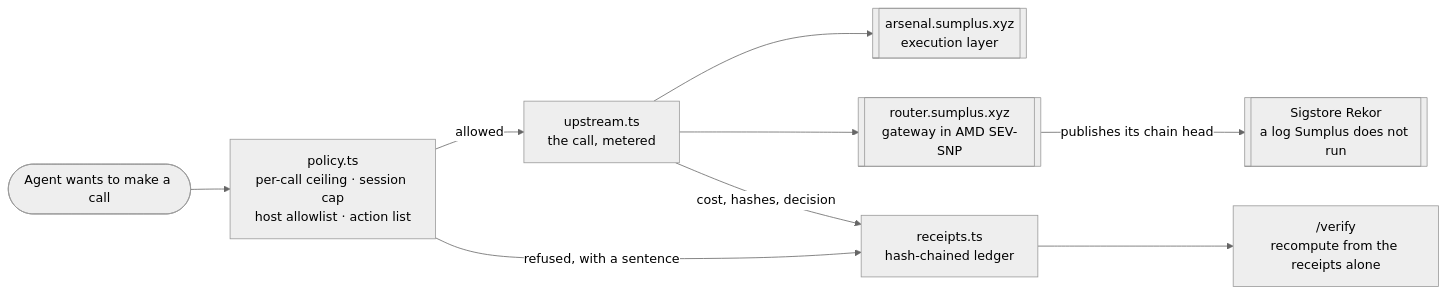
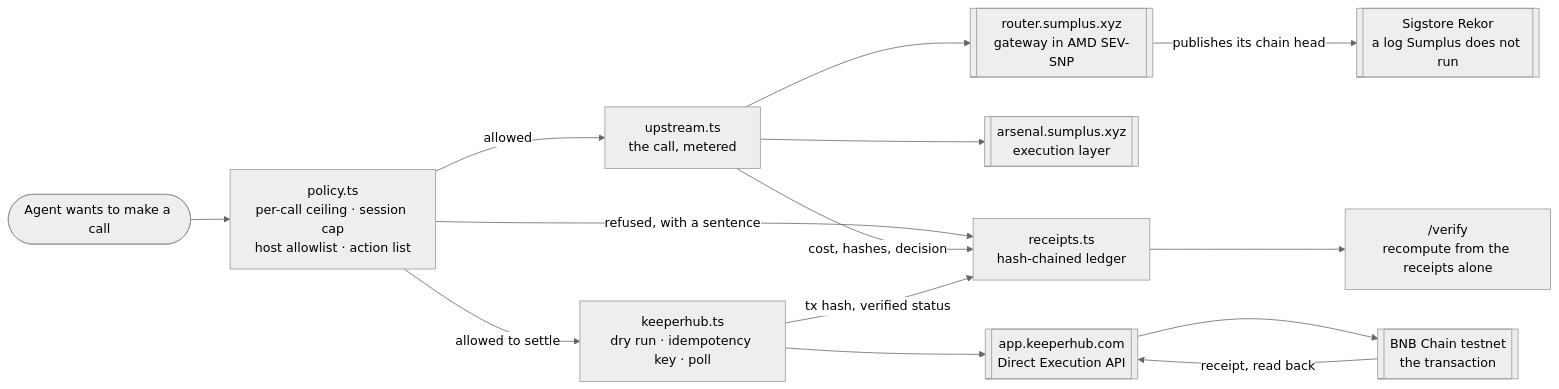
The diagram in README.md (sumplus-real/sumplus-cashier), drawn with Mermaid (neutral theme) before and after one commit. The commit also changed other lines of this file and 1 other file, not shown here.

First line of the commit message:
Guard which chain receipt the settlement reports, and put KeeperHub in the README

````diff
--- a/README.md
+++ b/README.md
@@ -45,20 +62,28 @@
 ```mermaid
 flowchart LR
   A([Agent wants to make a call])
   P["policy.ts<br/>per-call ceiling · session cap<br/>host allowlist · action list"]
   U["upstream.ts<br/>the call, metered"]
   L["receipts.ts<br/>hash-chained ledger"]
   V["/verify<br/>recompute from the receipts alone"]
+  K["keeperhub.ts<br/>dry run · idempotency key · poll"]
   ARS[["arsenal.sumplus.xyz<br/>execution layer"]]
   RTR[["router.sumplus.xyz<br/>gateway in AMD SEV-SNP"]]
+  KH[["app.keeperhub.com<br/>Direct Execution API"]]
+  CH[["BNB Chain testnet<br/>the transaction"]]
   REK[["Sigstore Rekor<br/>a log Sumplus does not run"]]
 
   A --> P
   P -- allowed --> U
   P -- "refused, with a sentence" --> L
+  P -- "allowed to settle" --> K
   U --> ARS
   U --> RTR
+  K --> KH
+  KH --> CH
+  CH -- "receipt, read back" --> KH
   U -- "cost, hashes, decision" --> L
+  K -- "tx hash, verified status" --> L
   L --> V
   RTR -- "publishes its chain head" --> REK
 ```
````
